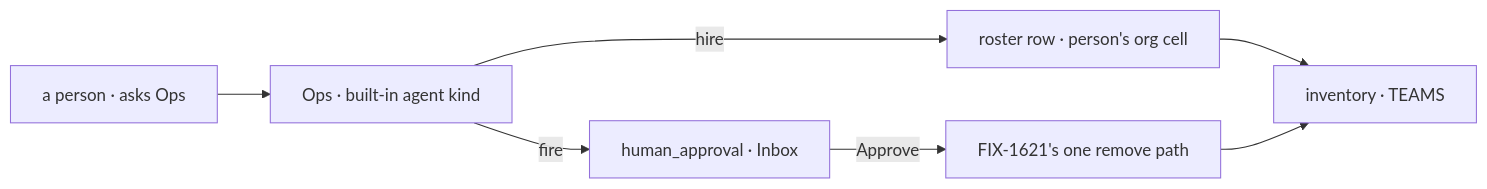
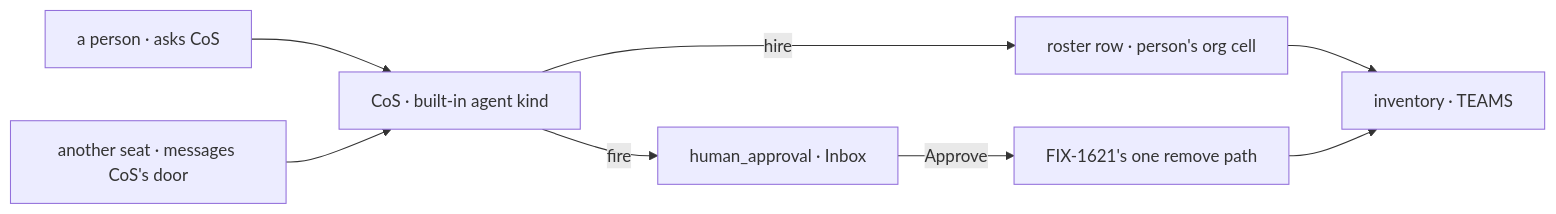
The second of 2 diagrams in specs/issues/FIX-1719/SPEC.md (fixpoint-labs/flow-state-dev), drawn with Mermaid before and after one commit. The commit also changed other lines of this file and 9 other files, not shown here.

First line of the commit message:
spec(FIX-1719): one org admin seat — CoS holds hire and fire, Ops dropped

````diff
--- a/specs/issues/FIX-1719/SPEC.md
+++ b/specs/issues/FIX-1719/SPEC.md
@@ -80,9 +80,10 @@
 ```mermaid
 flowchart LR
-  P["a person · asks Ops"] --> O["Ops · built-in agent kind"]
+  P["a person · asks CoS"] --> O["CoS · built-in agent kind"]
+  S["another seat · messages CoS's door"] --> O
   O -->|"hire"| W["roster row · person's org cell"]
   O -->|"fire"| A["human_approval · Inbox"]
   A -->|"Approve"| W2["FIX-1621's one remove path"]
-  W --> S["inventory · TEAMS"]
-  W2 --> S
+  W --> I["inventory · TEAMS"]
+  W2 --> I
 ```
````
